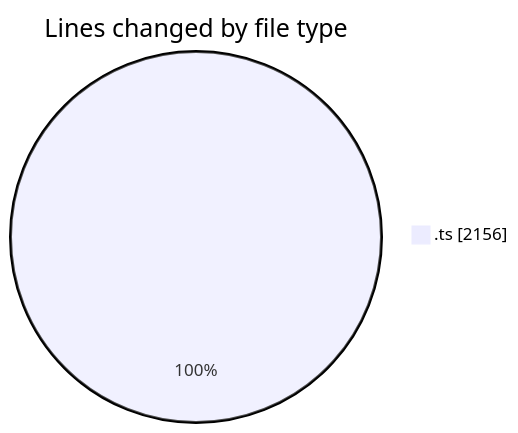
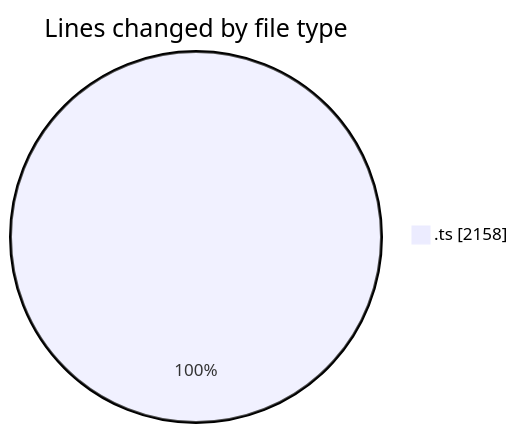
Before and after one commit to momahboobian/code-tracking: the first of 2 diagrams in 2025-10-23/cda/README.md, drawn with Mermaid. The commit also changed other lines of this file and 1 other file, not shown here.

````diff
--- a/2025-10-23/cda/README.md
+++ b/2025-10-23/cda/README.md
@@ -23,5 +23,5 @@
 ```mermaid
 pie showData
 title Lines changed by file type
-".ts" : 2156
+".ts" : 2158
 ```
````
